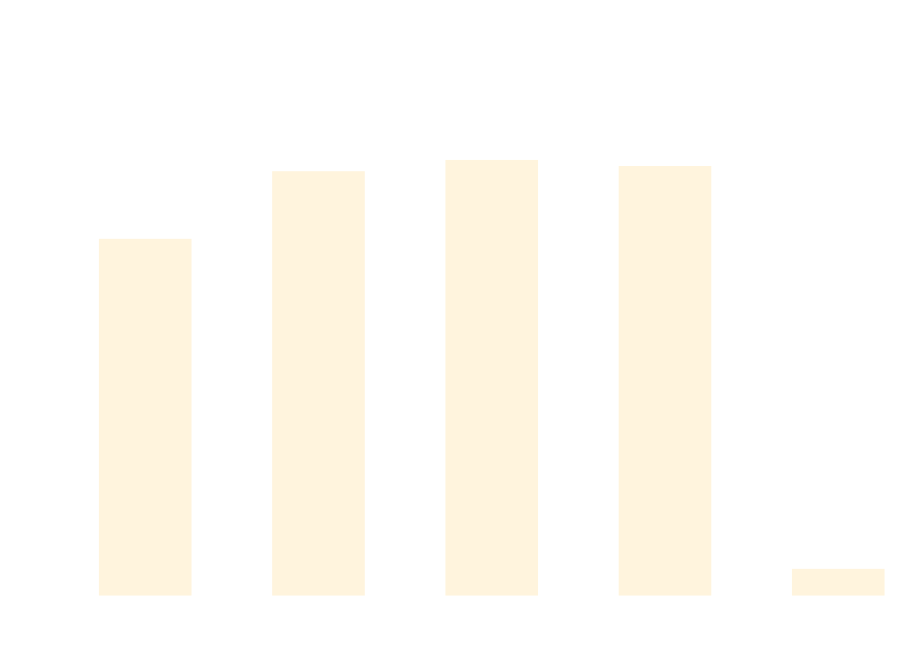
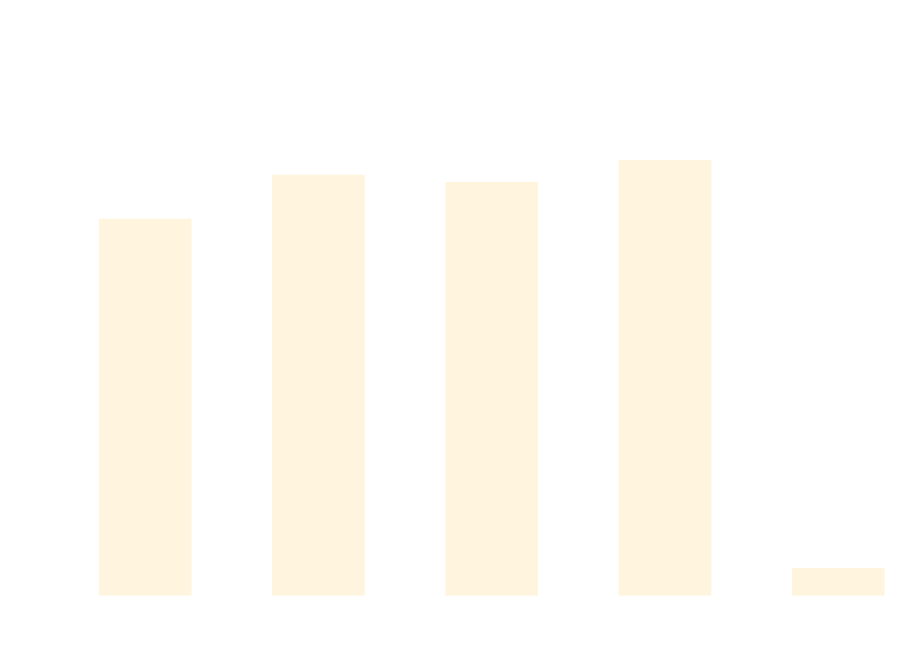
One commit to thomhurst/TUnit changed the diagram in docs/docs/benchmarks/DataDrivenTests.md. Above: the diagram before and after it, drawn with Mermaid. The commit also changed other lines of this file and 17 other files, not shown here.

````diff
--- a/docs/docs/benchmarks/DataDrivenTests.md
+++ b/docs/docs/benchmarks/DataDrivenTests.md
@@ -27,37 +27,37 @@
 ```mermaid
 %%{init: {
   'theme':'base',
   'themeVariables': {
     'primaryColor': '#2563eb',
     'primaryTextColor': '#ffffff',
     'primaryBorderColor': '#1e40af',
     'lineColor': '#6b7280',
     'secondaryColor': '#7c3aed',
     'tertiaryColor': '#dc2626',
     'background': '#ffffff',
     'mainBkg': '#2563eb',
     'secondBkg': '#7c3aed',
     'tertiaryBkg': '#dc2626',
     'clusterBkg': '#f3f4f6',
     'edgeLabelBackground': '#ffffff',
     'tertiaryTextColor': '#1f2937',
     'pie1': '#2563eb',
     'pie2': '#7c3aed',
     'pie3': '#dc2626',
     'pie4': '#f59e0b',
     'pie5': '#10b981',
     'pie6': '#06b6d4',
     'pie7': '#ec4899',
     'pie8': '#6366f1',
     'pie9': '#84cc16',
     'pie10': '#f97316',
     'pie11': '#14b8a6',
     'pie12': '#a855f7'
   }
 }}%%
 xychart-beta
   title "DataDrivenTests Performance Comparison"
   x-axis ["TUnit", "NUnit", "MSTest", "xUnit3", "TUnit_AOT"]
-  y-axis "Time (ms)" 0 --> 740
-  bar [502.14, 600.01, 616.34, 607.56, 24.48]
+  y-axis "Time (ms)" 0 --> 697
+  bar [500.39, 560.39, 550.59, 580.34, 23.97]
 ```
````
